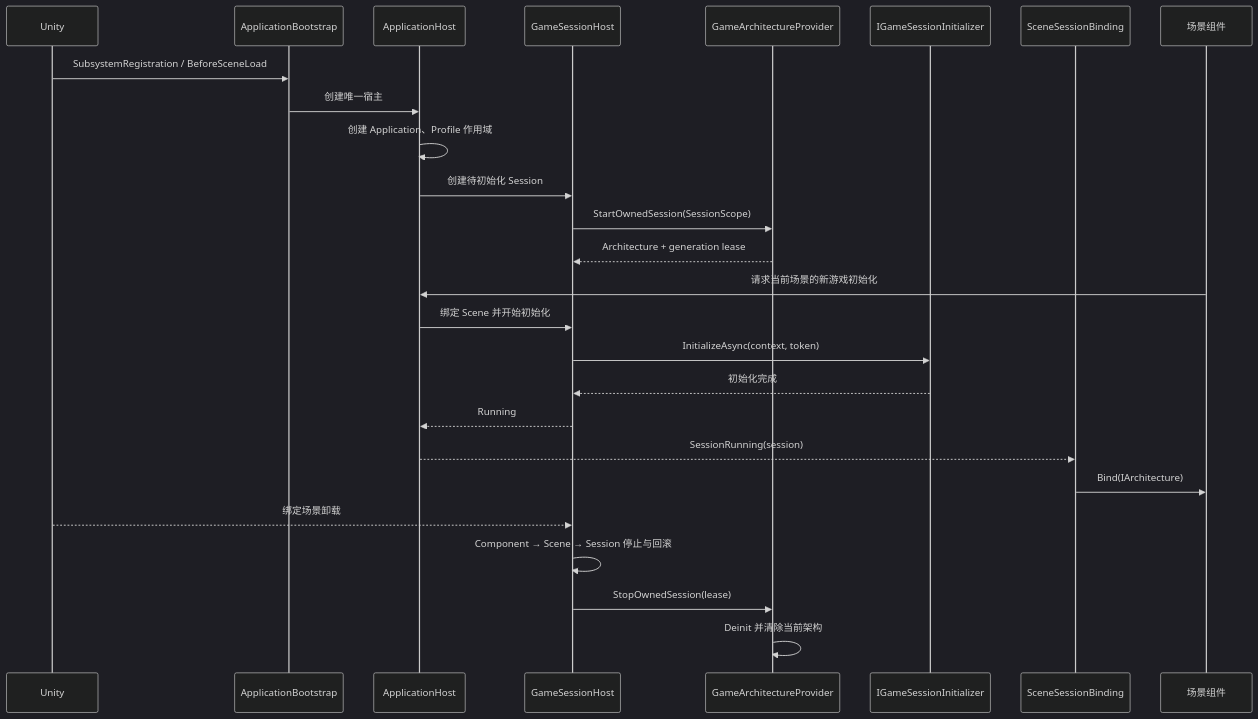
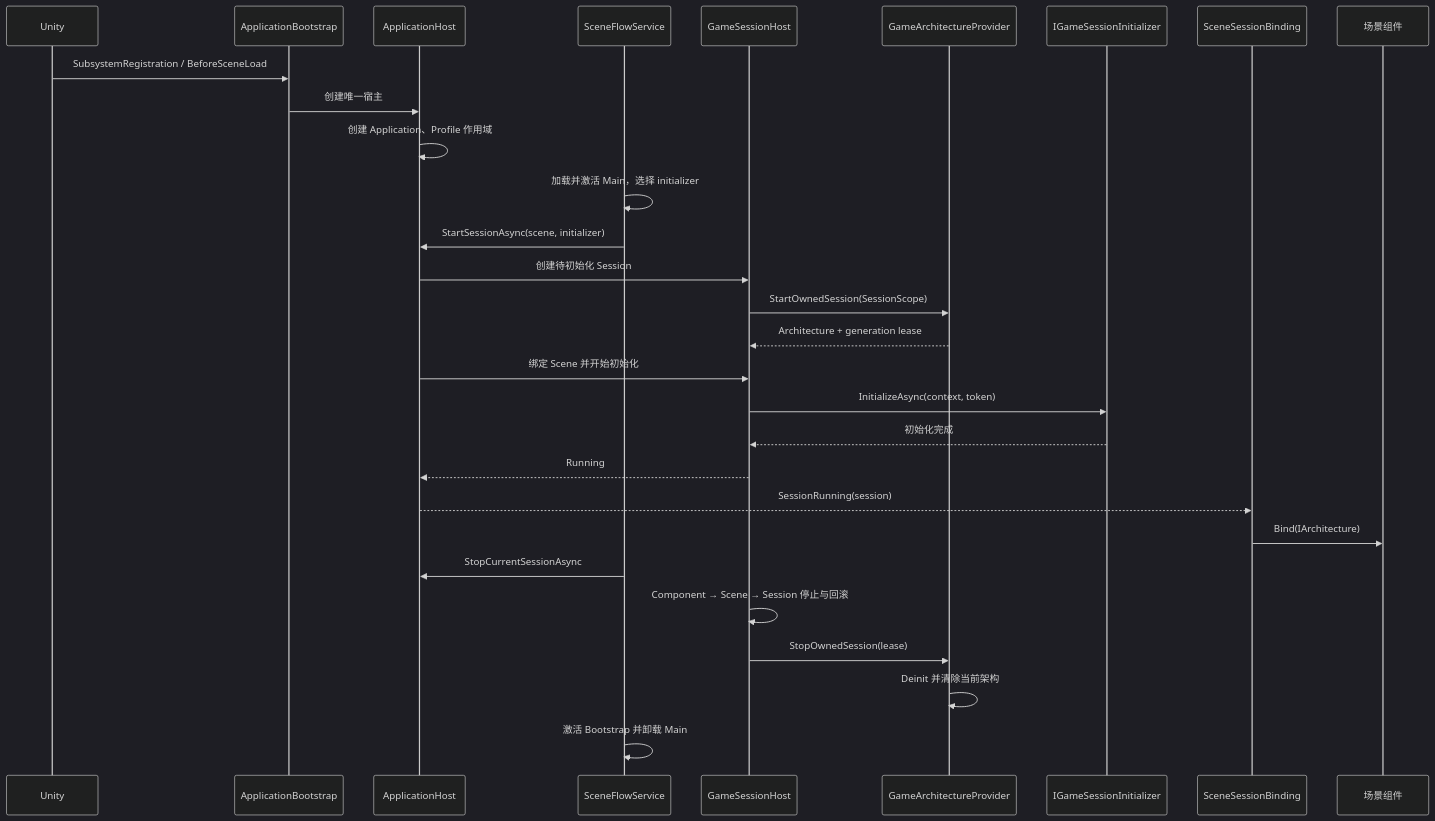
Before and after one commit to IshmaelHeathcliff/DarkFlare: the third of 4 diagrams in Docs/docs/infrastructure/application-lifecycle.md, drawn with Mermaid (dark theme). The commit also changed other lines of this file and 83 other files, not shown here.

Commit message:
feat(flow): 完成 alpha 0.2.4 场景流与 UI 外壳

````diff
--- a/Docs/docs/infrastructure/application-lifecycle.md
+++ b/Docs/docs/infrastructure/application-lifecycle.md
@@ -50,29 +50,32 @@
 ```mermaid
 sequenceDiagram
   participant Unity
   participant Bootstrap as ApplicationBootstrap
   participant App as ApplicationHost
+  participant Flow as SceneFlowService
   participant Session as GameSessionHost
   participant Provider as GameArchitectureProvider
   participant Init as IGameSessionInitializer
   participant Binding as SceneSessionBinding
   participant Component as 场景组件
 
   Unity->>Bootstrap: SubsystemRegistration / BeforeSceneLoad
   Bootstrap->>App: 创建唯一宿主
   App->>App: 创建 Application、Profile 作用域
+  Flow->>Flow: 加载并激活 Main，选择 initializer
+  Flow->>App: StartSessionAsync(scene, initializer)
   App->>Session: 创建待初始化 Session
   Session->>Provider: StartOwnedSession(SessionScope)
   Provider-->>Session: Architecture + generation lease
-  Component->>App: 请求当前场景的新游戏初始化
   App->>Session: 绑定 Scene 并开始初始化
   Session->>Init: InitializeAsync(context, token)
   Init-->>Session: 初始化完成
   Session-->>App: Running
   App-->>Binding: SessionRunning(session)
   Binding->>Component: Bind(IArchitecture)
-  Unity-->>Session: 绑定场景卸载
+  Flow->>App: StopCurrentSessionAsync
   Session->>Session: Component → Scene → Session 停止与回滚
   Session->>Provider: StopOwnedSession(lease)
   Provider->>Provider: Deinit 并清除当前架构
+  Flow->>Flow: 激活 Bootstrap 并卸载 Main
 ```
````
